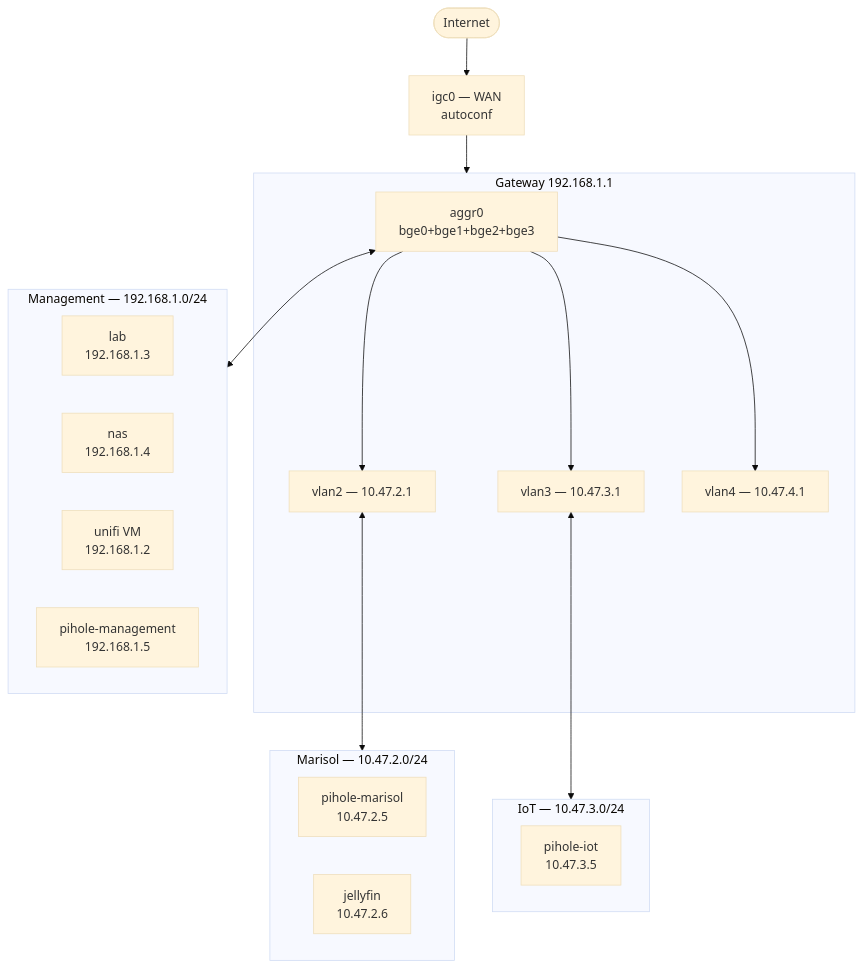
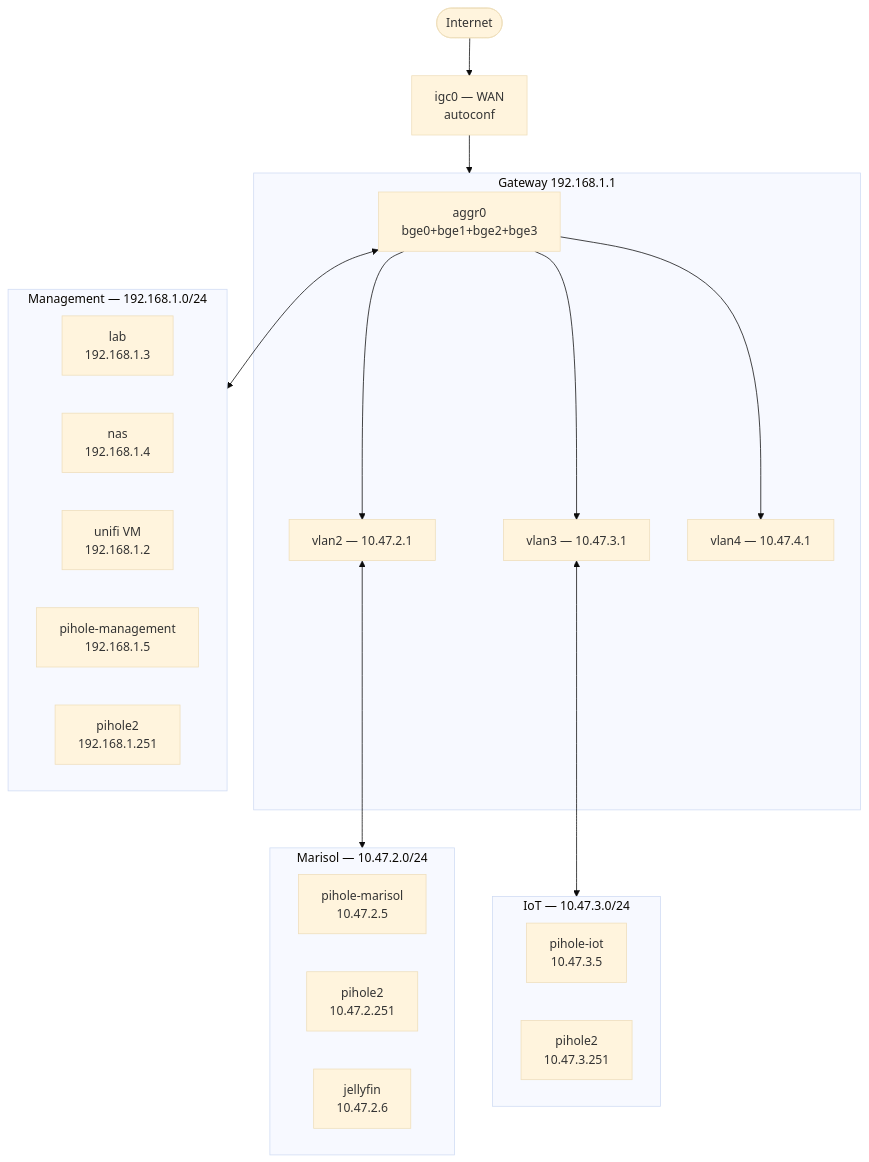
One commit to glyphrider/lab changed the first of 4 diagrams in README.md. Above: the diagram before and after it, drawn with Mermaid (base theme). The commit also changed other lines of this file and 18 other files, not shown here.

````diff
--- a/README.md
+++ b/README.md
@@ -23,37 +24,40 @@
 ```mermaid
 graph TB
     inet([Internet])
     igc0[igc0 — WAN\nautoconf]
 
     inet --> igc0 --> gateway
 
     subgraph gateway [Gateway 192.168.1.1]
         aggr0[aggr0\nbge0+bge1+bge2+bge3]
         vlan2[vlan2 — 10.47.2.1]
         vlan3[vlan3 — 10.47.3.1]
         vlan4[vlan4 — 10.47.4.1]
         aggr0 --> vlan2
         aggr0 --> vlan3
         aggr0 --> vlan4
     end
 
     subgraph management [Management — 192.168.1.0/24]
         lab[lab\n192.168.1.3]
         nas[nas\n192.168.1.4]
         unifi[unifi VM\n192.168.1.2]
         pihole_mgmt[pihole-management\n192.168.1.5]
+        pihole2[pihole2\n192.168.1.251]
     end
 
     subgraph marisol [Marisol — 10.47.2.0/24]
         pihole_marisol[pihole-marisol\n10.47.2.5]
+        pihole2_marisol[pihole2\n10.47.2.251]
         jellyfin[jellyfin\n10.47.2.6]
     end
 
     subgraph iot [IoT — 10.47.3.0/24]
         pihole_iot[pihole-iot\n10.47.3.5]
+        pihole2_iot[pihole2\n10.47.3.251]
     end
 
     aggr0 <--> management
     vlan2 <--> marisol
     vlan3 <--> iot
 ```
````
